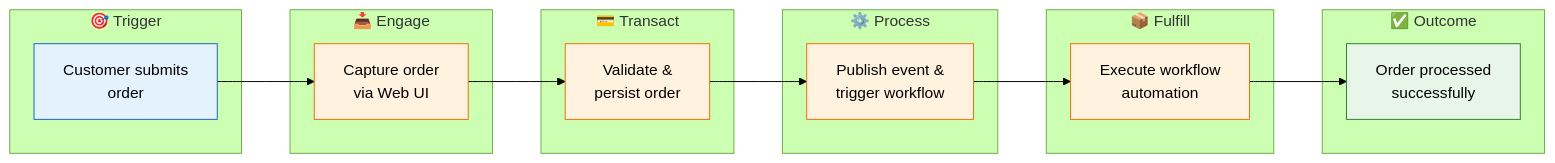
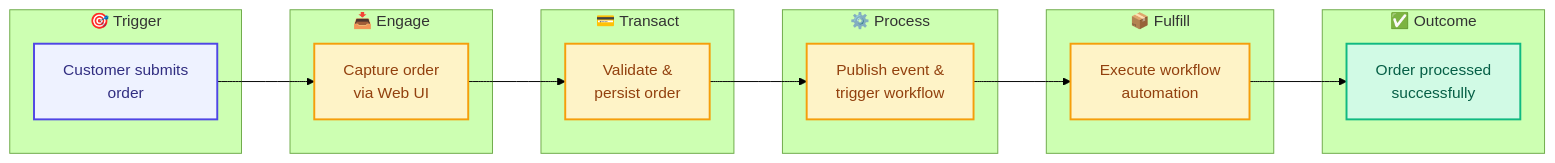
The second of 4 diagrams in docs/architecture/01-business-architecture.md (Evilazaro/Azure-LogicApps-Monitoring), drawn with Mermaid (forest theme) before and after one commit. The commit also changed other lines of this file and 4 other files, not shown here.

Commit message:
feat(docs): Enhance architecture documentation with detailed diagrams and modern color palette

````diff
--- a/docs/architecture/01-business-architecture.md
+++ b/docs/architecture/01-business-architecture.md
@@ -120,36 +124,38 @@
 ```mermaid
 flowchart LR
+    %% Order to Fulfillment Value Stream - End-to-end order processing flow
     subgraph Trigger["🎯 Trigger"]
         T1["Customer submits<br/>order"]
     end
 
     subgraph Engage["📥 Engage"]
         S1["Capture order<br/>via Web UI"]
     end
 
     subgraph Transact["💳 Transact"]
         S2["Validate &<br/>persist order"]
     end
 
     subgraph Process["⚙️ Process"]
         S3["Publish event &<br/>trigger workflow"]
     end
 
     subgraph Fulfill["📦 Fulfill"]
         S4["Execute workflow<br/>automation"]
     end
 
     subgraph Outcome["✅ Outcome"]
         O1["Order processed<br/>successfully"]
     end
 
     T1 --> S1 --> S2 --> S3 --> S4 --> O1
 
-    classDef trigger fill:#e3f2fd,stroke:#1565c0
-    classDef stage fill:#fff3e0,stroke:#ef6c00
-    classDef outcome fill:#e8f5e9,stroke:#2e7d32
+    %% Modern color palette - WCAG AA compliant
+    classDef trigger fill:#EEF2FF,stroke:#4F46E5,stroke-width:2px,color:#312E81
+    classDef stage fill:#FEF3C7,stroke:#F59E0B,stroke-width:2px,color:#92400E
+    classDef outcome fill:#D1FAE5,stroke:#10B981,stroke-width:2px,color:#065F46
 
     class T1 trigger
     class S1,S2,S3,S4 stage
     class O1 outcome
 ```
````
